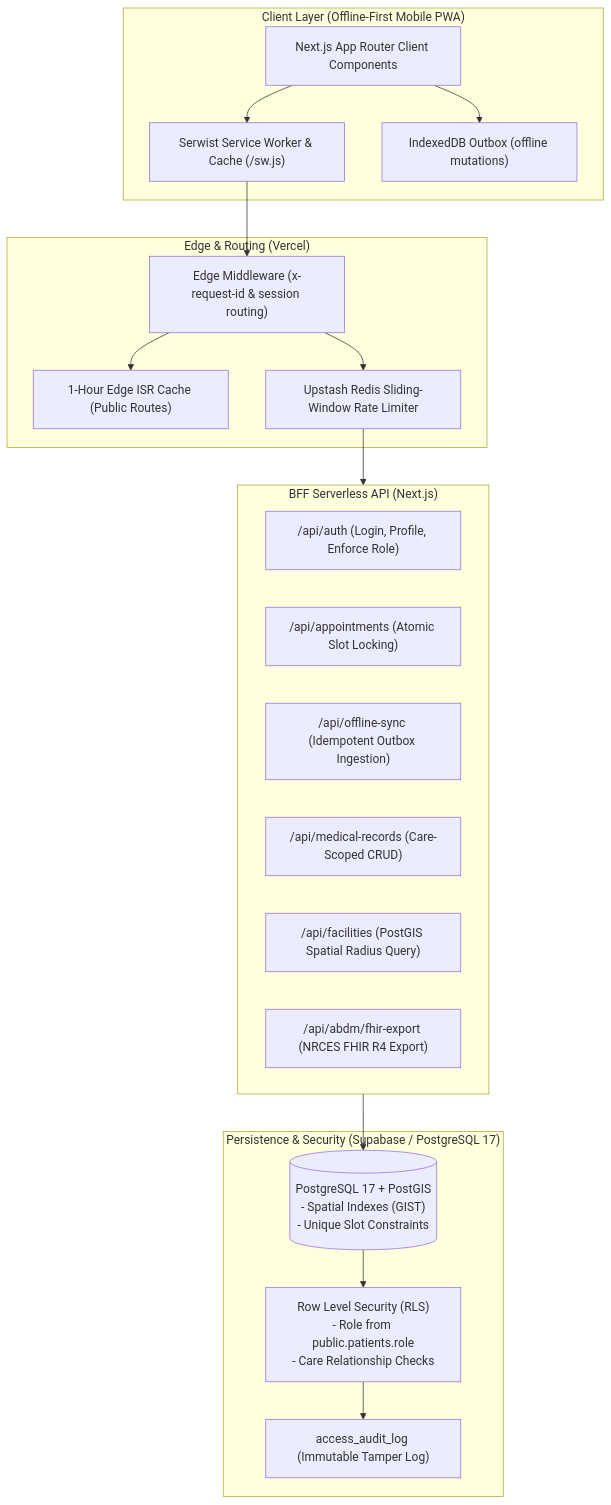
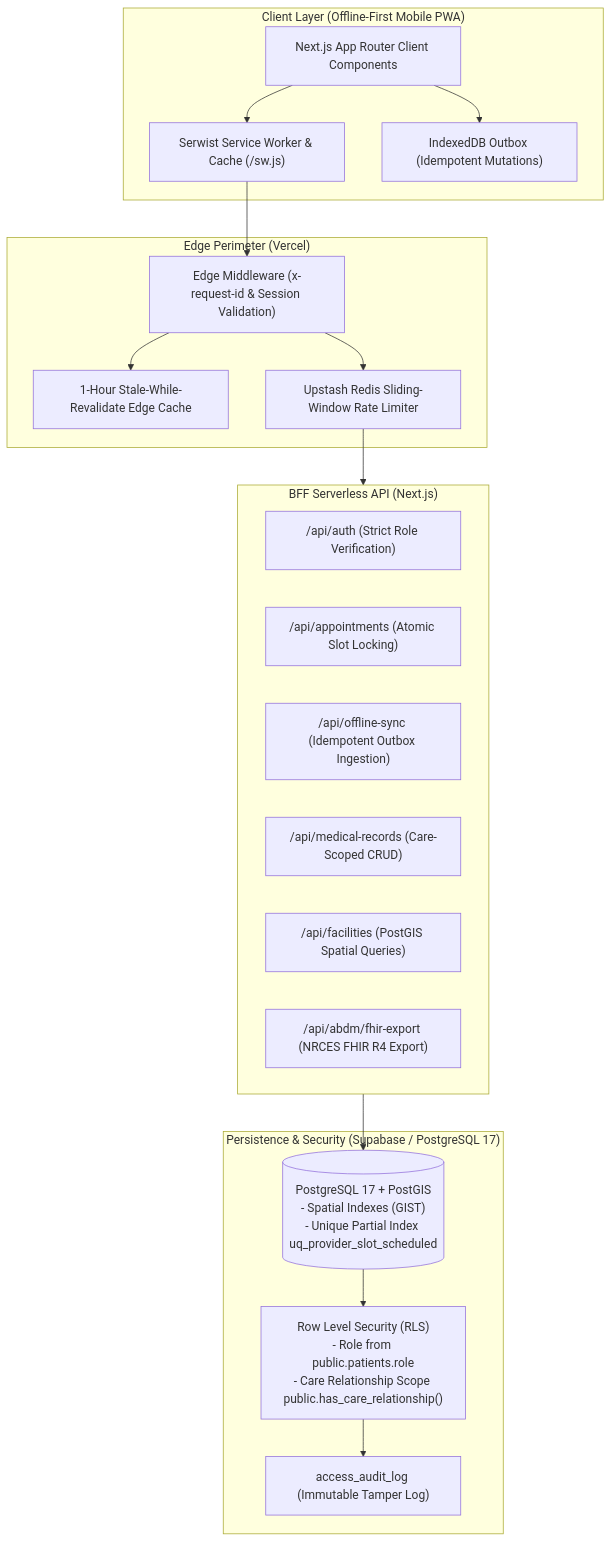
One commit to Arnavshukla09/RURAL-HEALTHCARE-PLATFORM changed the second of 2 diagrams in README.md. Above: the diagram before and after it, drawn with Mermaid. The commit also changed other lines of this file and 1 other file, not shown here.

Commit message:
docs: enhance README with problem context, architectural rationale, and verified test counts

````diff
--- a/README.md
+++ b/README.md
@@ -18,39 +61,39 @@
 ```mermaid
 flowchart TD
     subgraph ClientLayer["Client Layer (Offline-First Mobile PWA)"]
         PWA["Serwist Service Worker & Cache (/sw.js)"]
-        IDB["IndexedDB Outbox (offline mutations)"]
+        IDB["IndexedDB Outbox (Idempotent Mutations)"]
         UI["Next.js App Router Client Components"]
     end
 
-    subgraph EdgePerimeter["Edge & Routing (Vercel)"]
-        MW["Edge Middleware (x-request-id & session routing)"]
-        ISR["1-Hour Edge ISR Cache (Public Routes)"]
+    subgraph EdgePerimeter["Edge Perimeter (Vercel)"]
+        MW["Edge Middleware (x-request-id & Session Validation)"]
+        ISR["1-Hour Stale-While-Revalidate Edge Cache"]
         RL["Upstash Redis Sliding-Window Rate Limiter"]
     end
 
     subgraph BackendServices["BFF Serverless API (Next.js)"]
-        AuthAPI["/api/auth (Login, Profile, Enforce Role)"]
+        AuthAPI["/api/auth (Strict Role Verification)"]
         AppointAPI["/api/appointments (Atomic Slot Locking)"]
         SyncAPI["/api/offline-sync (Idempotent Outbox Ingestion)"]
         RecordsAPI["/api/medical-records (Care-Scoped CRUD)"]
-        GeoAPI["/api/facilities (PostGIS Spatial Radius Query)"]
+        GeoAPI["/api/facilities (PostGIS Spatial Queries)"]
         FHIRAPI["/api/abdm/fhir-export (NRCES FHIR R4 Export)"]
     end
 
     subgraph DataLayer["Persistence & Security (Supabase / PostgreSQL 17)"]
-        DB[("PostgreSQL 17 + PostGIS\n- Spatial Indexes (GIST)\n- Unique Slot Constraints")]
-        RLS["Row Level Security (RLS)\n- Role from public.patients.role\n- Care Relationship Checks"]
+        DB[("PostgreSQL 17 + PostGIS\n- Spatial Indexes (GIST)\n- Unique Partial Index uq_provider_slot_scheduled")]
+        RLS["Row Level Security (RLS)\n- Role from public.patients.role\n- Care Relationship Scope public.has_care_relationship()"]
         Audit["access_audit_log (Immutable Tamper Log)"]
     end
 
     UI --> PWA
     UI --> IDB
     PWA --> MW
     MW --> ISR
     MW --> RL
     RL --> BackendServices
     BackendServices --> DB
     DB --> RLS
     RLS --> Audit
 ```
````
